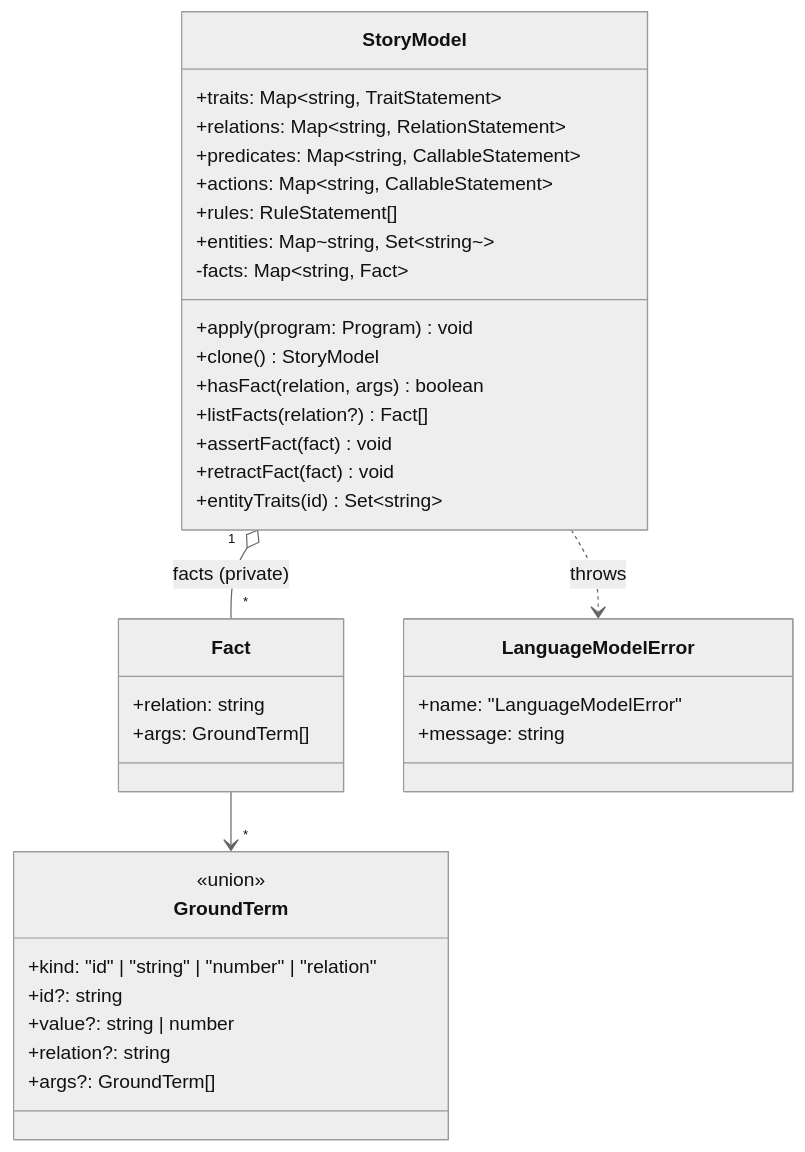
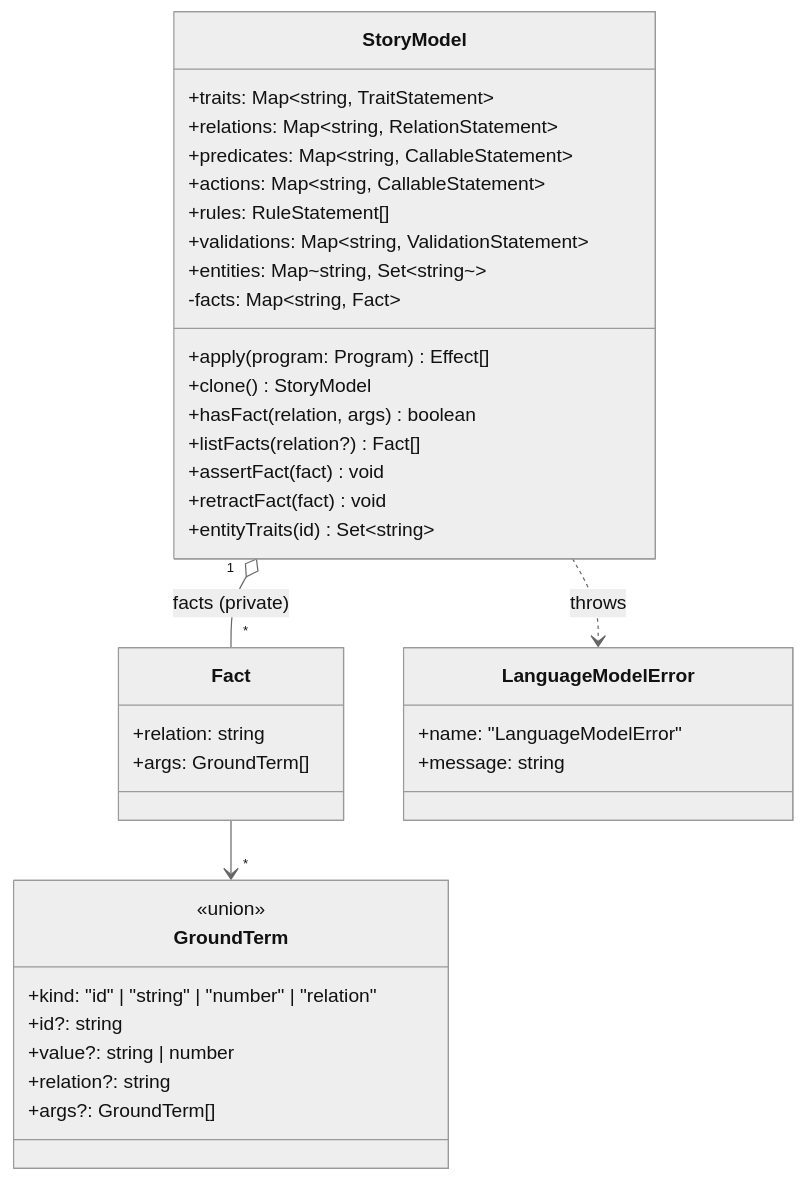
Before and after one commit to johnnyfs/qualms: the second of 6 diagrams in specs/engine-model.md, drawn with Mermaid (neutral theme). The commit also changed other lines of this file and 11 other files, not shown here.

````diff
--- a/specs/engine-model.md
+++ b/specs/engine-model.md
@@ -167,43 +182,44 @@
 ```mermaid
 classDiagram
   class StoryModel {
     +traits: Map~string, TraitStatement~
     +relations: Map~string, RelationStatement~
     +predicates: Map~string, CallableStatement~
     +actions: Map~string, CallableStatement~
     +rules: RuleStatement[]
+    +validations: Map~string, ValidationStatement~
     +entities: Map~string, Set~string~~
     -facts: Map~string, Fact~
-    +apply(program: Program) void
+    +apply(program: Program) Effect[]
     +clone() StoryModel
     +hasFact(relation, args) boolean
     +listFacts(relation?) Fact[]
     +assertFact(fact) void
     +retractFact(fact) void
     +entityTraits(id) Set~string~
   }
 
   class Fact {
     +relation: string
     +args: GroundTerm[]
   }
 
   class GroundTerm {
     <<union>>
     +kind: "id" | "string" | "number" | "relation"
     +id?: string
     +value?: string | number
     +relation?: string
     +args?: GroundTerm[]
   }
 
   class LanguageModelError {
     +name: "LanguageModelError"
     +message: string
   }
 
   StoryModel "1" o-- "*" Fact : facts (private)
   Fact --> "*" GroundTerm
 
   StoryModel ..> LanguageModelError : throws
 ```
````
